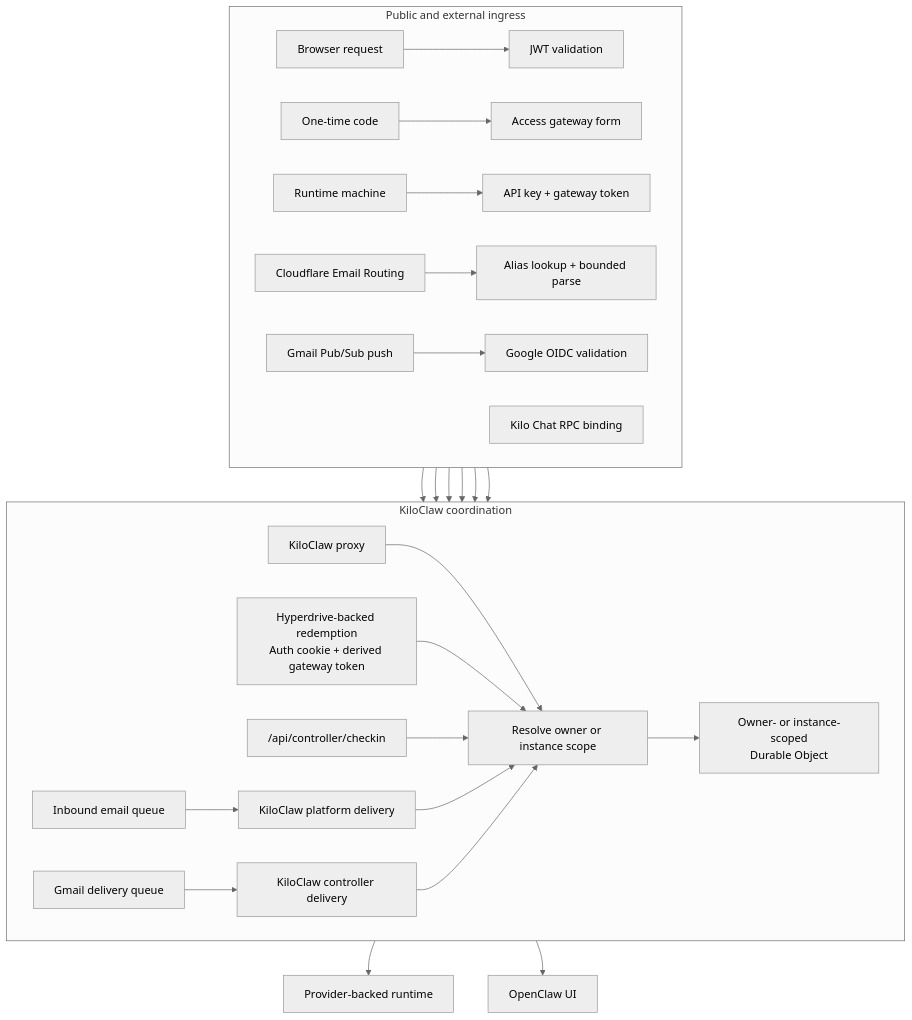
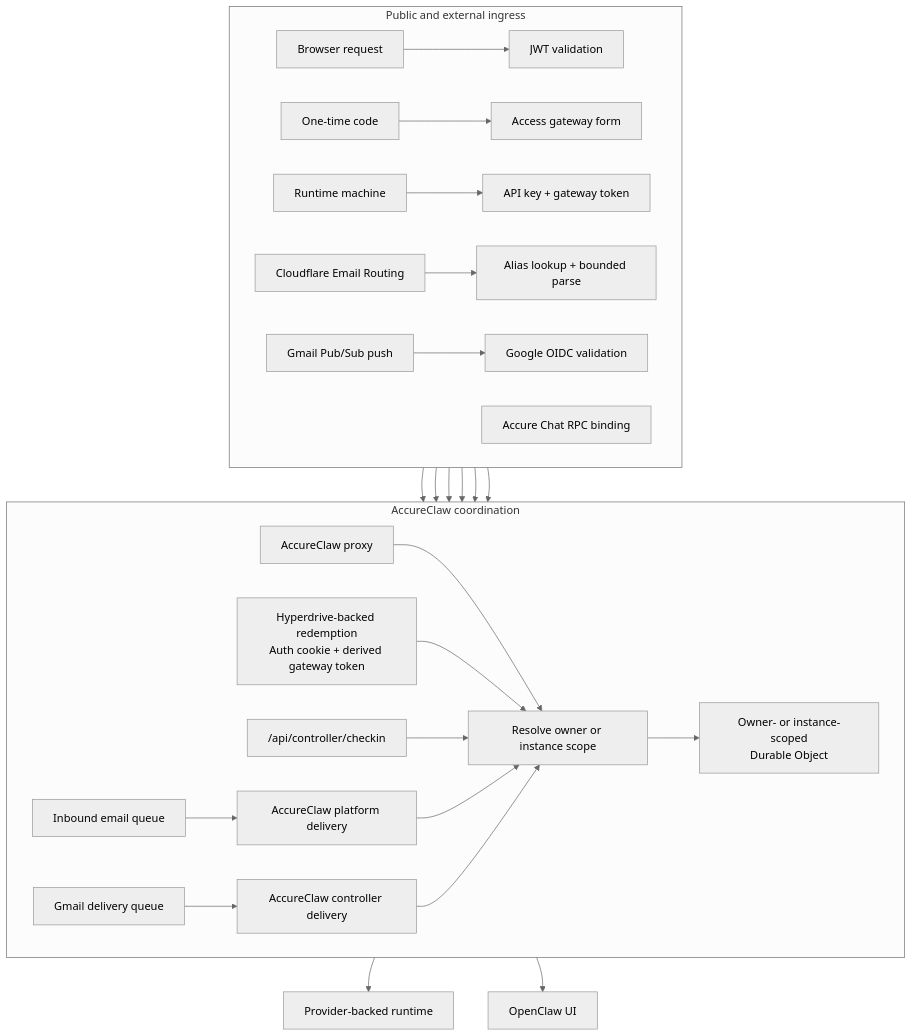
One commit to Accure-Inc/accure-code changed the sixth of 6 diagrams in packages/accure-docs/pages/contributing/architecture/cloud-security.md. Above: the diagram before and after it, drawn with Mermaid (neutral theme). The commit also changed other lines of this file and 2711 other files, not shown here.

````diff
--- a/packages/accure-docs/pages/contributing/architecture/cloud-security.md
+++ b/packages/accure-docs/pages/contributing/architecture/cloud-security.md
@@ -303,37 +303,37 @@
 ```mermaid
 flowchart TB
   subgraph ingress ["Public and external ingress"]
     direction LR
     browser["Browser request"] --> jwt["JWT validation"]
     code["One-time code"] --> access["Access gateway form"]
     machine["Runtime machine"] --> machineAuth["API key + gateway token"]
-    chat["Kilo Chat RPC binding"]
+    chat["Accure Chat RPC binding"]
     email["Cloudflare Email Routing"] --> parse["Alias lookup + bounded parse"]
     gmail["Gmail Pub/Sub push"] --> oidc["Google OIDC validation"]
   end
 
-  subgraph coordination ["KiloClaw coordination"]
+  subgraph coordination ["AccureClaw coordination"]
     direction LR
-    proxy["KiloClaw proxy"]
+    proxy["AccureClaw proxy"]
     scope["Resolve owner or instance scope"]
     instance["Owner- or instance-scoped<br/>Durable Object"]
     redeem["Hyperdrive-backed redemption<br/>Auth cookie + derived gateway token"]
     controller["/api/controller/checkin"]
     emailQueue["Inbound email queue"]
     gmailQueue["Gmail delivery queue"]
-    platform["KiloClaw platform delivery"]
-    controllerDelivery["KiloClaw controller delivery"]
+    platform["AccureClaw platform delivery"]
+    controllerDelivery["AccureClaw controller delivery"]
   end
 
   runtime["Provider-backed runtime"]
   ui["OpenClaw UI"]
 
   jwt --> proxy --> scope
   access --> redeem --> scope
   machineAuth --> controller --> scope
   chat --> scope
   parse --> emailQueue --> platform --> scope
   oidc --> gmailQueue --> controllerDelivery --> scope
   scope --> instance --> runtime
   scope --> ui
 ```
````
